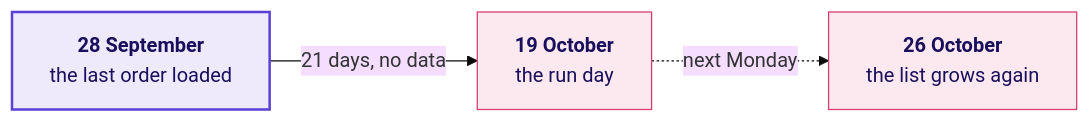
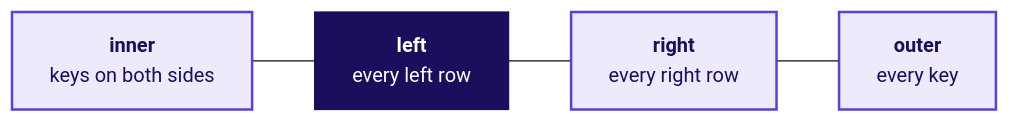
Before and after one commit to fde-academy-lab/c2-content-factory: the eighth of 19 diagrams in content/W02/D4/slides/C2_W02_D04_half1_STUDENT.md, drawn with Mermaid (base theme). The commit also changed other lines of this file and 9 other files, not shown here.

First line of the commit message:
W02 D4 decks in the notebook's rhythm, the day sheet on the new grid and the Monday-table companion

````diff
--- a/content/W02/D4/slides/C2_W02_D04_half1_STUDENT.md
+++ b/content/W02/D4/slides/C2_W02_D04_half1_STUDENT.md
@@ -312,9 +547,10 @@
 ```mermaid
 flowchart LR
-    A["<b>28 September</b><br/>the last order loaded"] -->|"21 days, no data"| B["<b>19 October</b><br/>the run day"]
-    B -.->|"next Monday"| C["<b>26 October</b><br/>the list grows again"]
+    I["<b>inner</b><br/>keys on both sides"] --- L["<b>left</b><br/>every left row"]
+    L --- R["<b>right</b><br/>every right row"]
+    R --- U["<b>outer</b><br/>every key"]
+    classDef bet fill:#1A0F5C,stroke:#1A0F5C,color:#FFFFFF
     classDef known fill:#EEEAFB,stroke:#5B3FD6,color:#1A0F5C,stroke-width:2px
-    classDef bad fill:#FBE9EF,stroke:#D63A6A,color:#1A0F5C
-    class A known
-    class B,C bad
+    class L bet
+    class I,R,U known
 ```
````
